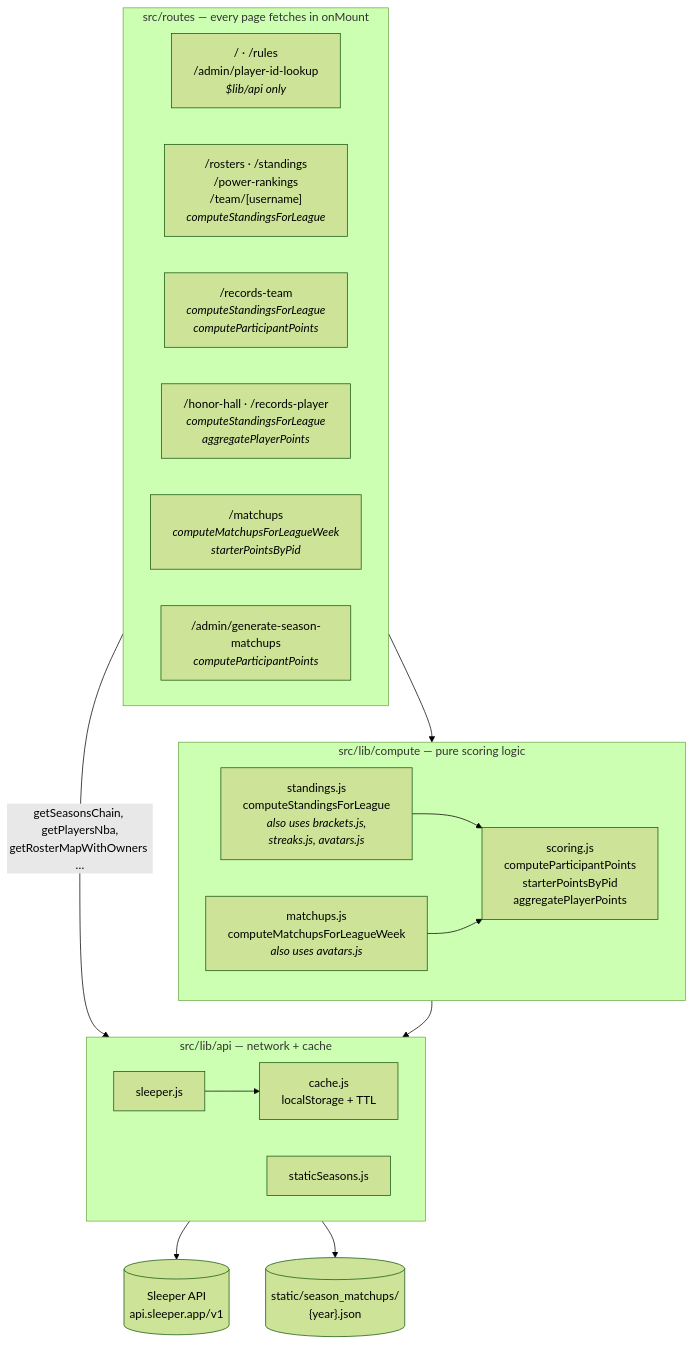
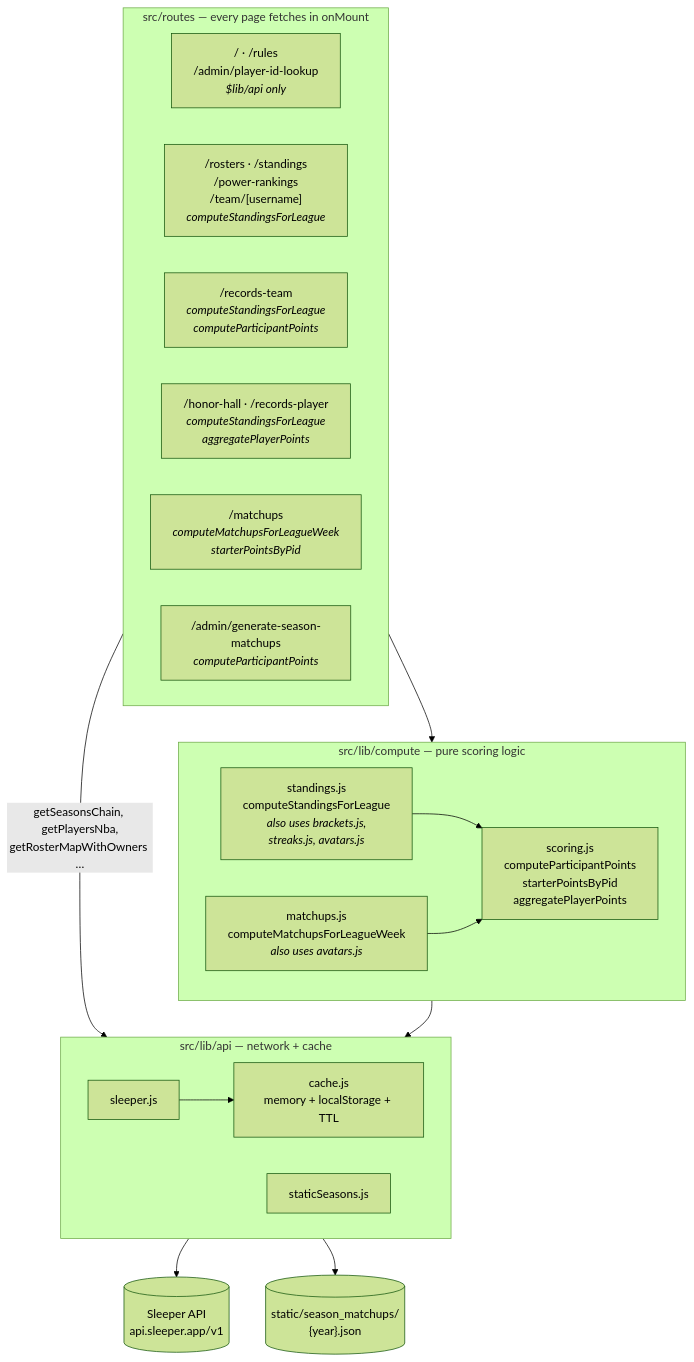
Before and after one commit to itzkybes/bfa-website: the second of 4 diagrams in README.md, drawn with Mermaid (forest theme). The commit also changed other lines of this file, not shown here.

````diff
--- a/README.md
+++ b/README.md
@@ -197,40 +197,40 @@
 ```mermaid
 flowchart TB
     subgraph routes ["src/routes — every page fetches in onMount"]
         direction LR
         apionly["/ · /rules<br/>/admin/player-id-lookup<br/><i>$lib/api only</i>"]
         hub["/rosters · /standings<br/>/power-rankings<br/>/team/[username]<br/><i>computeStandingsForLeague</i>"]
         rteam["/records-team<br/><i>computeStandingsForLeague<br/>computeParticipantPoints</i>"]
         mvp["/honor-hall · /records-player<br/><i>computeStandingsForLeague<br/>aggregatePlayerPoints</i>"]
         mu["/matchups<br/><i>computeMatchupsForLeagueWeek<br/>starterPointsByPid</i>"]
         gen["/admin/generate-season-matchups<br/><i>computeParticipantPoints</i>"]
     end
 
     subgraph compute ["src/lib/compute — pure scoring logic"]
         direction LR
         cs["standings.js<br/>computeStandingsForLeague<br/><i>also uses brackets.js,<br/>streaks.js, avatars.js</i>"]
         cm["matchups.js<br/>computeMatchupsForLeagueWeek<br/><i>also uses avatars.js</i>"]
         sc["scoring.js<br/>computeParticipantPoints<br/>starterPointsByPid<br/>aggregatePlayerPoints"]
     end
 
     subgraph api ["src/lib/api — network + cache"]
         direction LR
         sl["sleeper.js"]
         st["staticSeasons.js"]
-        ca["cache.js<br/>localStorage + TTL"]
+        ca["cache.js<br/>memory + localStorage + TTL"]
     end
 
     sleeper[("Sleeper API<br/>api.sleeper.app/v1")]
     snap[("static/season_matchups/<br/>{year}.json")]
 
     routes --> compute
     routes -- "getSeasonsChain, getPlayersNba,<br/>getRosterMapWithOwners …" --> api
     compute --> api
 
     cs --> sc
     cm --> sc
 
     sl --> ca
     ca --> sleeper
     st --> snap
 ```
````
